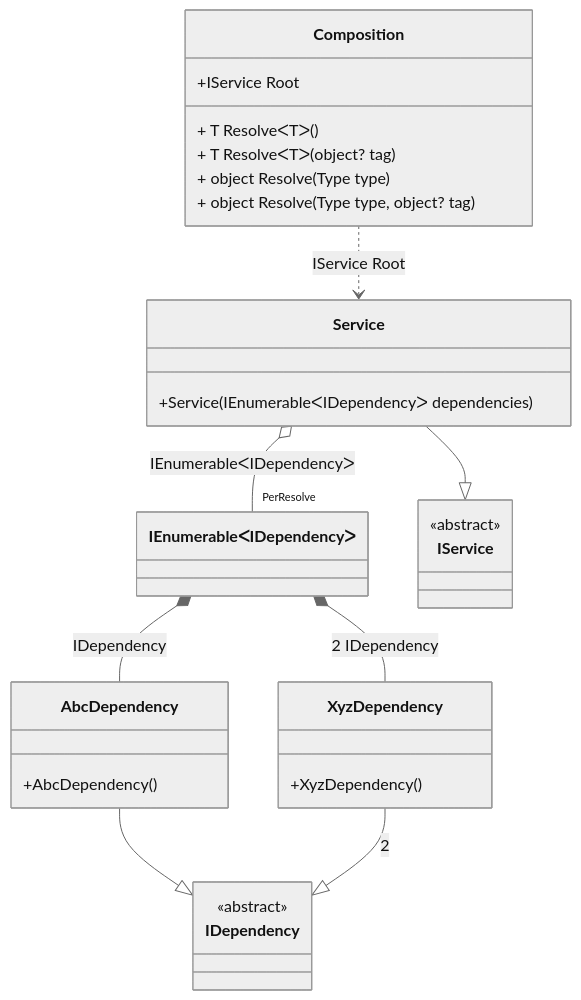
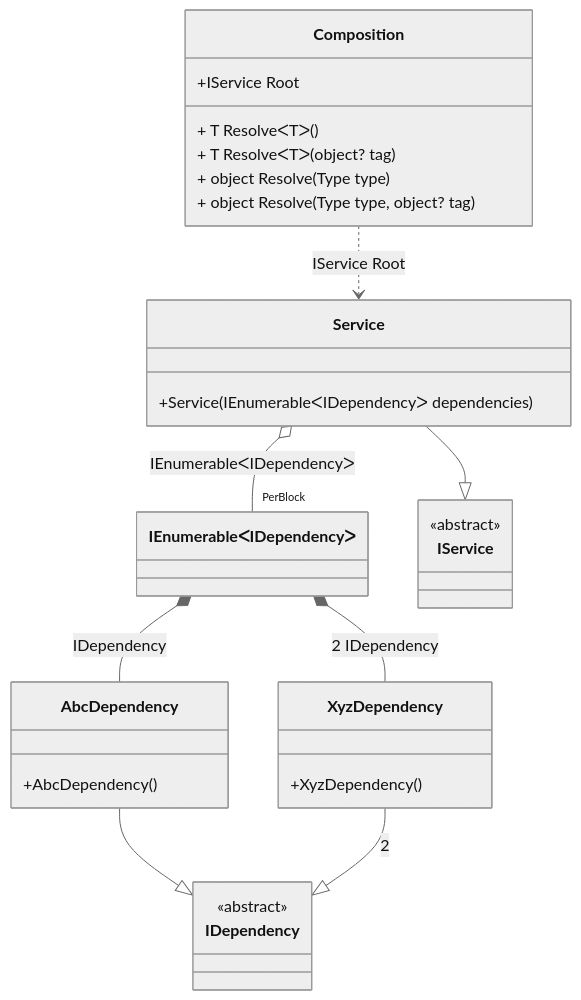
Before and after one commit to DevTeam/Pure.DI: the diagram in readme/enumerable.md, drawn with Mermaid (neutral theme). The commit also changed other lines of this file and 72 other files, not shown here.

````diff
--- a/readme/enumerable.md
+++ b/readme/enumerable.md
@@ -42,33 +42,33 @@
 ```mermaid
 classDiagram
   class Composition {
     +IService Root
     + T ResolveᐸTᐳ()
     + T ResolveᐸTᐳ(object? tag)
     + object Resolve(Type type)
     + object Resolve(Type type, object? tag)
   }
   class IEnumerableᐸIDependencyᐳ
   Service --|> IService : 
   class Service {
     +Service(IEnumerableᐸIDependencyᐳ dependencies)
   }
   AbcDependency --|> IDependency : 
   class AbcDependency {
     +AbcDependency()
   }
   XyzDependency --|> IDependency : 2 
   class XyzDependency {
     +XyzDependency()
   }
   class IService {
     <<abstract>>
   }
   class IDependency {
     <<abstract>>
   }
   IEnumerableᐸIDependencyᐳ *--  AbcDependency : IDependency
   IEnumerableᐸIDependencyᐳ *--  XyzDependency : 2  IDependency
-  Service o--  "PerResolve" IEnumerableᐸIDependencyᐳ : IEnumerableᐸIDependencyᐳ
+  Service o--  "PerBlock" IEnumerableᐸIDependencyᐳ : IEnumerableᐸIDependencyᐳ
   Composition ..> Service : IService Root
 ```
````
